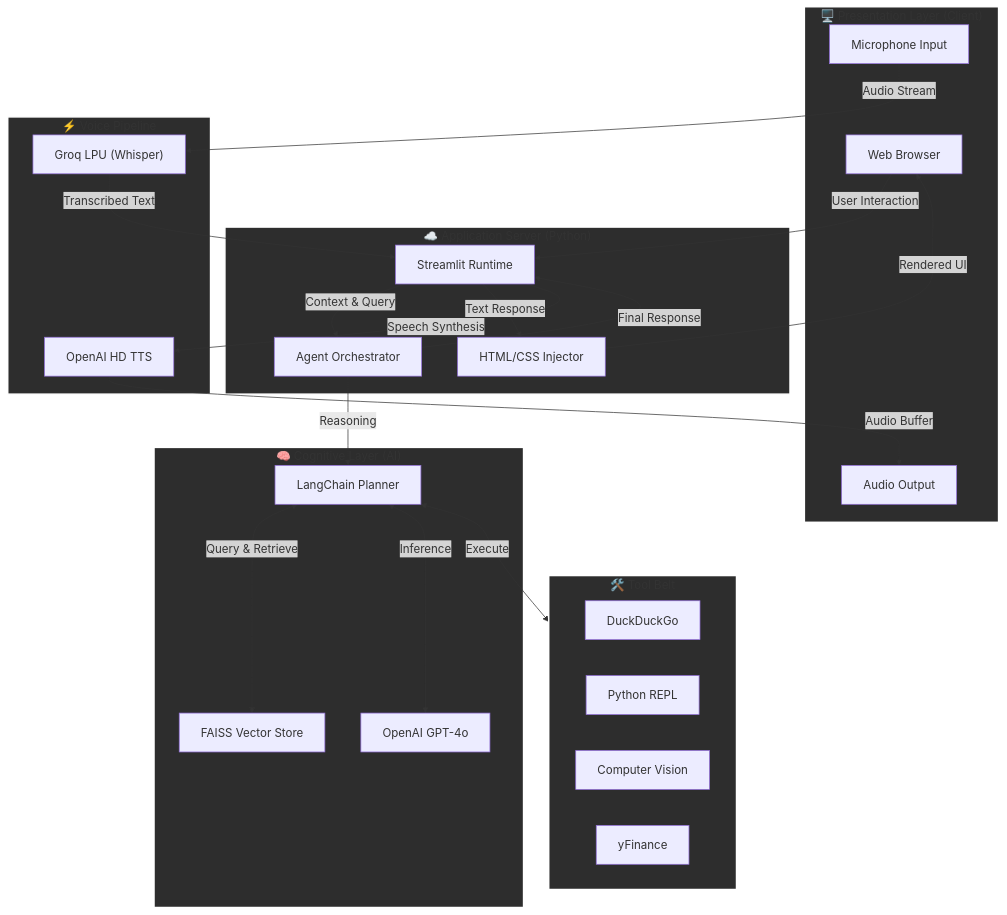
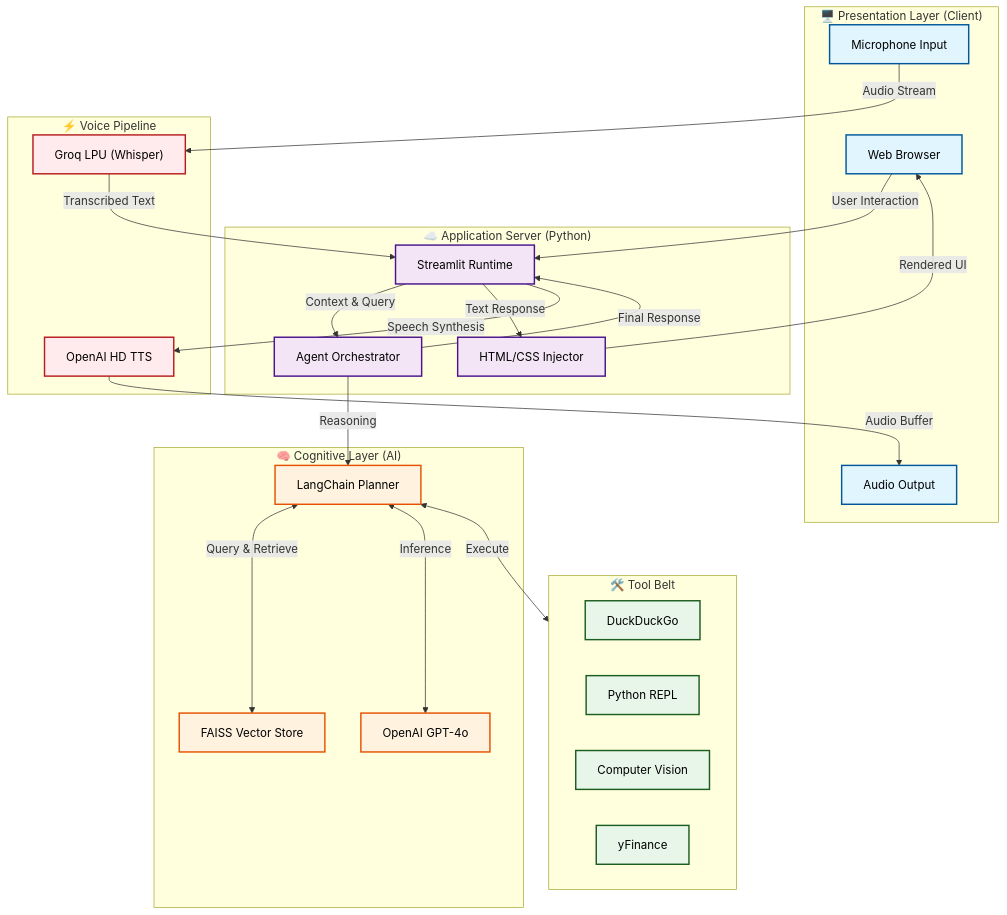
The first of 4 diagrams in README.md (Sur27codes/EchoMindAI), drawn with Mermaid before and after one commit. The commit also changed other lines of this file, not shown here.

Commit message:
Polish system workflows with vibrant diagrams and narrative steps

````diff
--- a/README.md
+++ b/README.md
@@ -28,52 +28,56 @@
 ```mermaid
 graph TD
     subgraph Client ["🖥️ Presentation Layer (Client)"]
-        Browser[Web Browser]
-        Mic[Microphone Input]
-        Speaker[Audio Output]
+        Browser["Web Browser"]:::client
+        Mic["Microphone Input"]:::client
+        Speaker["Audio Output"]:::client
     end
 
     subgraph Server ["☁️ Application Server (Python)"]
-        Streamlit[Streamlit Runtime]
-        Injector[HTML/CSS Injector]
-        Orchestrator[Agent Orchestrator]
+        Streamlit["Streamlit Runtime"]:::server
+        Injector["HTML/CSS Injector"]:::server
+        Orchestrator["Agent Orchestrator"]:::server
     end
 
     subgraph Cognitive ["🧠 Cognitive Layer (AI)"]
-        Planner[LangChain Planner]
-        Memory[FAISS Vector Store]
-        LLM[OpenAI GPT-4o]
+        Planner["LangChain Planner"]:::ai
+        Memory["FAISS Vector Store"]:::ai
+        LLM["OpenAI GPT-4o"]:::ai
     end
 
     subgraph Tools ["🛠️ Tool Belt"]
-        Search[DuckDuckGo]
-        Code[Python REPL]
-        Vision[Computer Vision]
-        Stocks[yFinance]
+        Search["DuckDuckGo"]:::tool
+        Code["Python REPL"]:::tool
+        Vision["Computer Vision"]:::tool
+        Stocks["yFinance"]:::tool
     end
 
     subgraph Voice ["⚡ Voice Pipeline"]
-        Groq["Groq LPU (Whisper)"]
-        TTS[OpenAI HD TTS]
+        Groq["Groq LPU (Whisper)"]:::voice
+        TTS["OpenAI HD TTS"]:::voice
     end
 
     %% Flow Connections
     Mic -->|Audio Stream| Groq
     Groq -->|Transcribed Text| Streamlit
     Browser -->|User Interaction| Streamlit
     Streamlit -->|Context & Query| Orchestrator
     
     Orchestrator -->|Reasoning| Planner
     Planner <-->|Query & Retrieve| Memory
     Planner <-->|Inference| LLM
     Planner <-->|Execute| Tools
     
     Orchestrator -->|Final Response| Streamlit
     Streamlit -->|Text Response| Injector
     Injector -->|Rendered UI| Browser
     Streamlit -->|Speech Synthesis| TTS
     TTS -->|Audio Buffer| Speaker
 
-    classDef distinct fill:#2d2d2d,stroke:#fff,stroke-width:2px;
-    class Client,Server,Cognitive,Tools,Voice distinct;
+    %% Styling
+    classDef client fill:#E1F5FE,stroke:#01579B,stroke-width:2px,color:#000;
+    classDef server fill:#F3E5F5,stroke:#4A148C,stroke-width:2px,color:#000;
+    classDef ai fill:#FFF3E0,stroke:#E65100,stroke-width:2px,color:#000;
+    classDef tool fill:#E8F5E9,stroke:#1B5E20,stroke-width:2px,color:#000;
+    classDef voice fill:#FFEBEE,stroke:#B71C1C,stroke-width:2px,color:#000;
 ```
````
